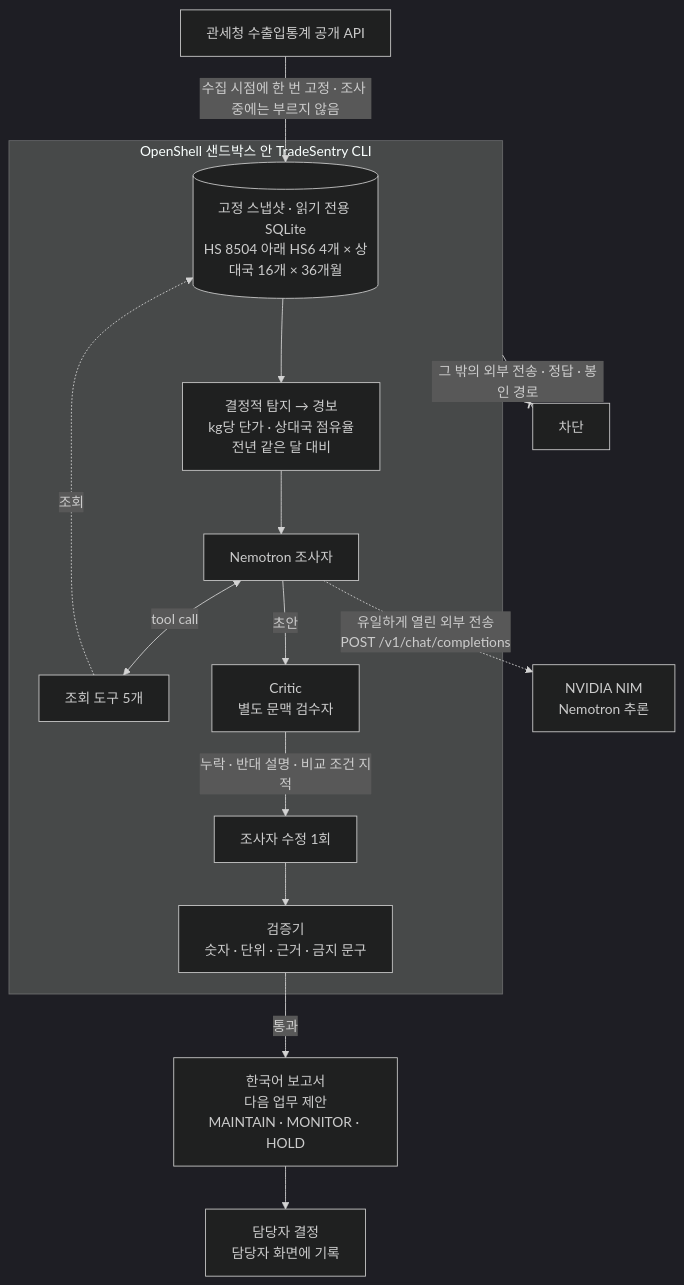
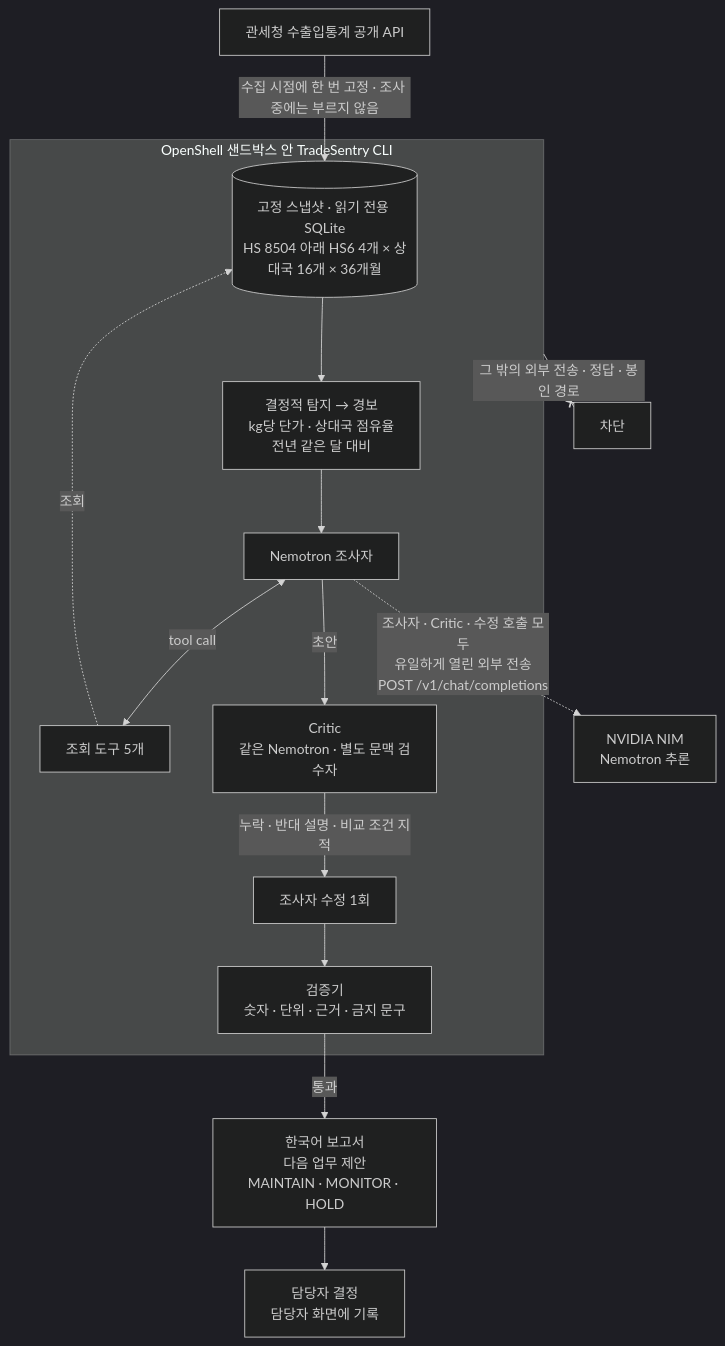
The first of 6 diagrams in README.md (JoeHwangHee/nvidia-hackathon-2026), drawn with Mermaid (dark theme) before and after one commit. The commit also changed other lines of this file, not shown here.

Commit message:
docs(RDM1): README 그림 정확도 보강 — 맨 위 흐름의 Critic도 같은 Nemotron(NIM 호출)임을 표시, 2절 시퀀스 그림이 full 모드 기준임을 제목에 적음
Claude-Session: https://claude.ai/code/session_01Lfy1PBWrb89ZD9khpiHkT9

````diff
--- a/README.md
+++ b/README.md
@@ -16,25 +16,25 @@
 ```mermaid
 flowchart TD
   SRC["관세청 수출입통계 공개 API"] -->|"수집 시점에 한 번 고정 · 조사 중에는 부르지 않음"| SNAP
   subgraph SB["OpenShell 샌드박스 안 TradeSentry CLI"]
     SNAP[("고정 스냅샷 · 읽기 전용 SQLite<br/>HS 8504 아래 HS6 4개 × 상대국 16개 × 36개월")]
     DET["결정적 탐지 → 경보<br/>kg당 단가 · 상대국 점유율<br/>전년 같은 달 대비"]
     INV["Nemotron 조사자"]
     TOOLS["조회 도구 5개"]
-    CRI["Critic<br/>별도 문맥 검수자"]
+    CRI["Critic<br/>같은 Nemotron · 별도 문맥 검수자"]
     REV["조사자 수정 1회"]
     VAL["검증기<br/>숫자 · 단위 · 근거 · 금지 문구"]
     SNAP --> DET --> INV
     INV <-->|"tool call"| TOOLS
     TOOLS -.->|"조회"| SNAP
     INV -->|"초안"| CRI
     CRI -->|"누락 · 반대 설명 · 비교 조건 지적"| REV
     REV --> VAL
   end
   NIM["NVIDIA NIM<br/>Nemotron 추론"]
-  INV -.->|"유일하게 열린 외부 전송<br/>POST /v1/chat/completions"| NIM
+  INV -.->|"조사자 · Critic · 수정 호출 모두<br/>유일하게 열린 외부 전송<br/>POST /v1/chat/completions"| NIM
   OUT["한국어 보고서<br/>다음 업무 제안<br/>MAINTAIN · MONITOR · HOLD"]
   VAL -->|"통과"| OUT
   OUT --> USER["담당자 결정<br/>담당자 화면에 기록"]
   SB --x|"그 밖의 외부 전송 · 정답 · 봉인 경로"| BLK["차단"]
 ```
````
